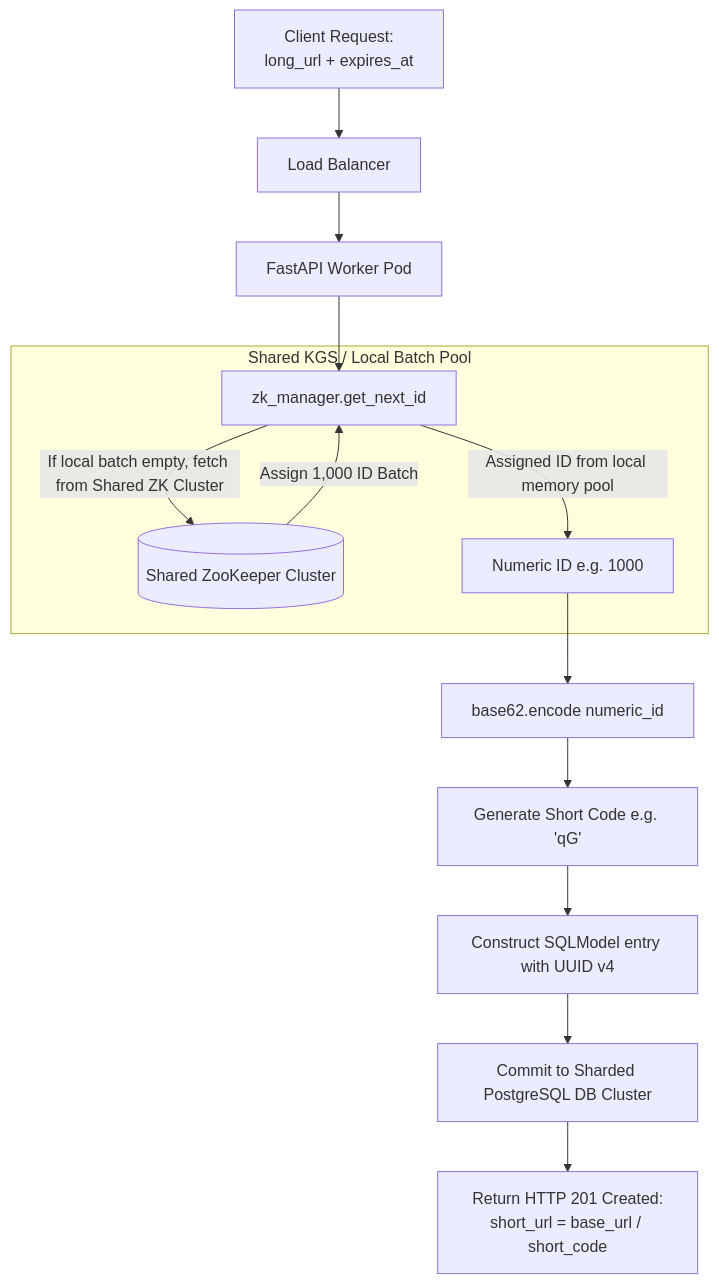
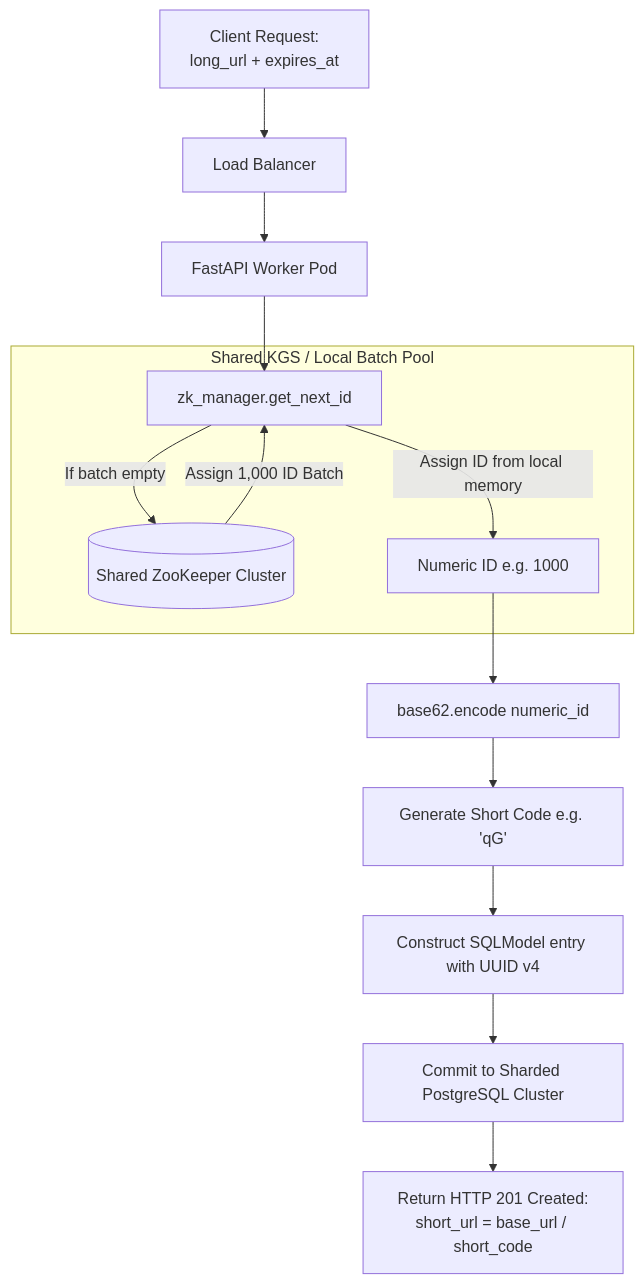
One commit to AnuragPandey01/System-Design-URL-Shortener changed the third of 4 diagrams in README.md. Above: the diagram before and after it, drawn with Mermaid. The commit also changed other lines of this file, not shown here.

````diff
--- a/README.md
+++ b/README.md
@@ -255,18 +251,18 @@
 ```mermaid
 graph TD
     Client[Client Request:<br/>long_url + expires_at] --> LB[Load Balancer]
     LB --> A[FastAPI Worker Pod]
     A --> B[zk_manager.get_next_id]
     
     subgraph Shared KGS / Local Batch Pool
-        B -->|If local batch empty, fetch from Shared ZK Cluster| ZK[(Shared ZooKeeper Cluster)]
+        B -->|If batch empty| ZK[(Shared ZooKeeper Cluster)]
         ZK -->|Assign 1,000 ID Batch| B
-        B -->|Assigned ID from local memory pool| C[Numeric ID e.g. 1000]
+        B -->|Assign ID from local memory| C[Numeric ID e.g. 1000]
     end
     
     C --> D[base62.encode numeric_id]
     D --> E[Generate Short Code e.g. 'qG']
     E --> F[Construct SQLModel entry with UUID v4]
-    F --> G[Commit to Sharded PostgreSQL DB Cluster]
+    F --> G[Commit to Sharded PostgreSQL Cluster]
     G --> H[Return HTTP 201 Created:<br/>short_url = base_url / short_code]
 ```
````
